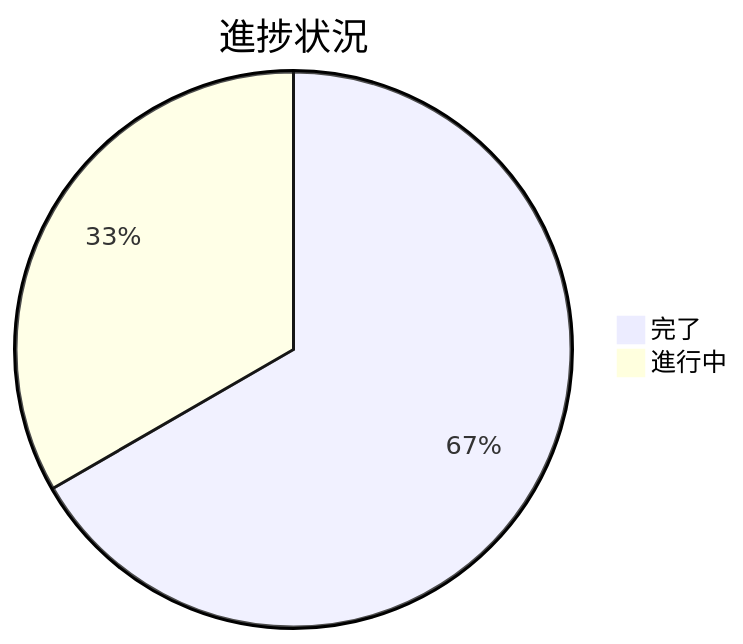
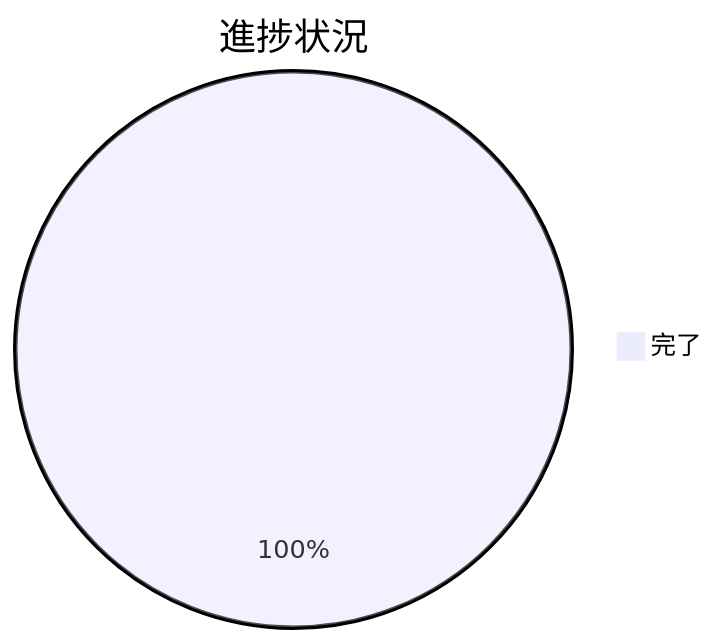
One commit to techbeansjp-free/AGENTS.md changed the diagram in docs/maintainer/workflow/20260715_160558_issue運用ポリシー全面移行/90_issues.md. Above: the diagram before and after it, drawn with Mermaid. The commit also changed other lines of this file, not shown here.

````diff
--- a/docs/maintainer/workflow/20260715_160558_issue運用ポリシー全面移行/90_issues.md
+++ b/docs/maintainer/workflow/20260715_160558_issue運用ポリシー全面移行/90_issues.md
@@ -39,5 +39,4 @@
 ```mermaid
 pie title 進捗状況
-    "完了" : 2
-    "進行中" : 1
+    "完了" : 3
 ```
````
